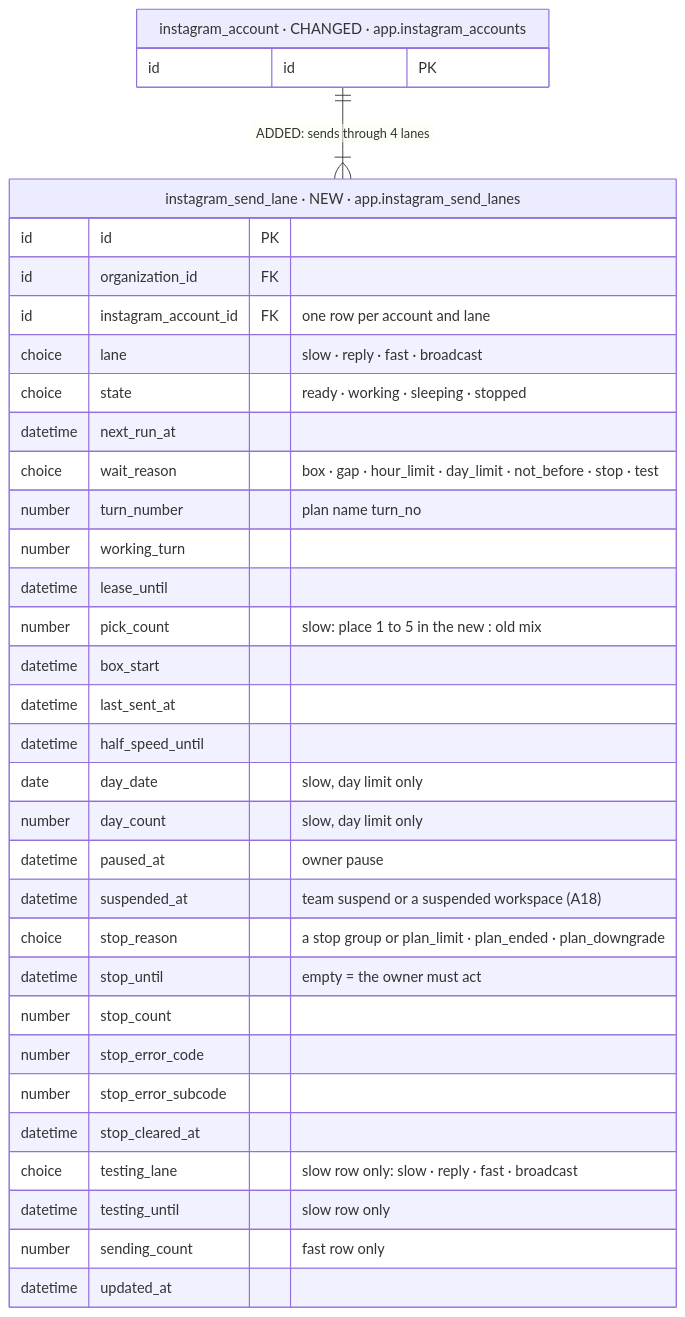
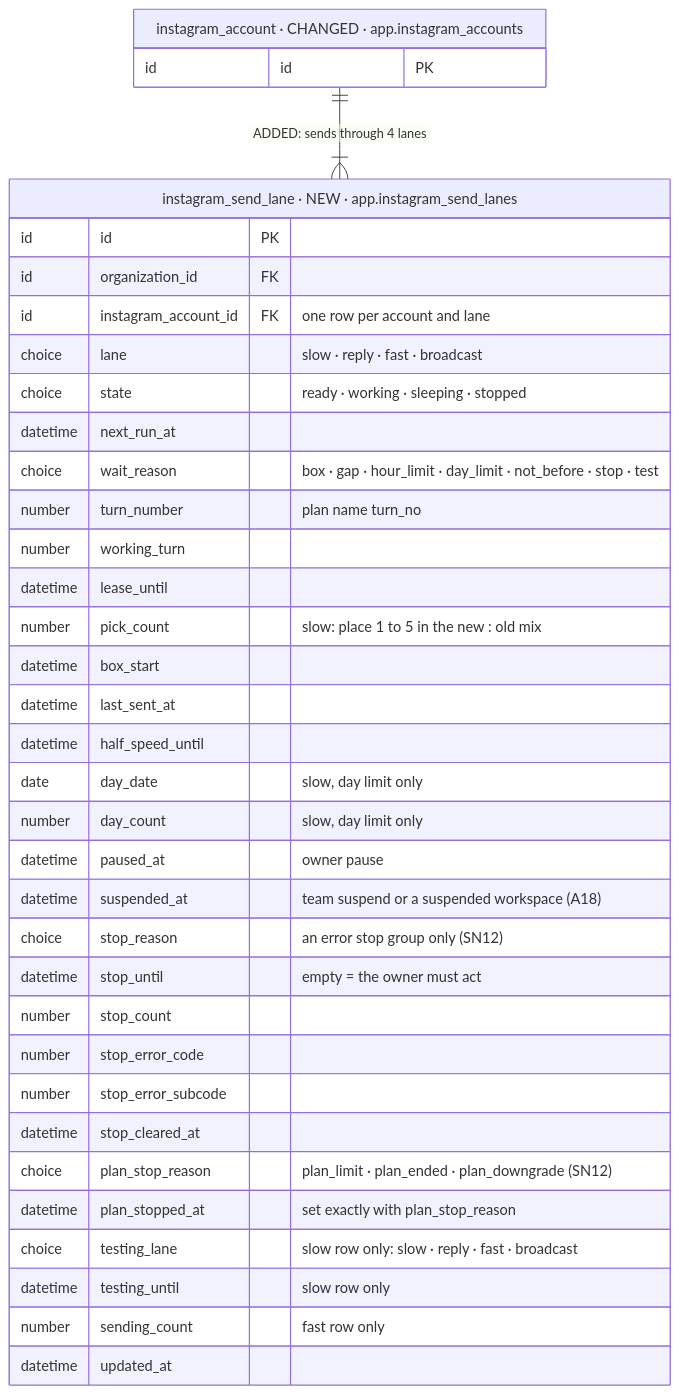
Diagram 22 of 39 in iterations/feat-instagram-dm-sending-2026-11-23-oxak/plans/db-changes.md (albetrios/meepzo-be), drawn with Mermaid before and after one commit. The commit also changed other lines of this file and 2 other files, not shown here.

````diff
--- a/iterations/feat-instagram-dm-sending-2026-11-23-oxak/plans/db-changes.md
+++ b/iterations/feat-instagram-dm-sending-2026-11-23-oxak/plans/db-changes.md
@@ -1022,37 +1061,39 @@
 ```mermaid
 erDiagram
   instagram_send_lane["instagram_send_lane · NEW · app.instagram_send_lanes"] {
     id id PK
     id organization_id FK
     id instagram_account_id FK "one row per account and lane"
     choice lane "slow · reply · fast · broadcast"
     choice state "ready · working · sleeping · stopped"
     datetime next_run_at
     choice wait_reason "box · gap · hour_limit · day_limit · not_before · stop · test"
     number turn_number "plan name turn_no"
     number working_turn
     datetime lease_until
     number pick_count "slow: place 1 to 5 in the new : old mix"
     datetime box_start
     datetime last_sent_at
     datetime half_speed_until
     date day_date "slow, day limit only"
     number day_count "slow, day limit only"
     datetime paused_at "owner pause"
     datetime suspended_at "team suspend or a suspended workspace (A18)"
-    choice stop_reason "a stop group or plan_limit · plan_ended · plan_downgrade"
+    choice stop_reason "an error stop group only (SN12)"
     datetime stop_until "empty = the owner must act"
     number stop_count
     number stop_error_code
     number stop_error_subcode
     datetime stop_cleared_at
+    choice plan_stop_reason "plan_limit · plan_ended · plan_downgrade (SN12)"
+    datetime plan_stopped_at "set exactly with plan_stop_reason"
     choice testing_lane "slow row only: slow · reply · fast · broadcast"
     datetime testing_until "slow row only"
     number sending_count "fast row only"
     datetime updated_at
   }
   instagram_account["instagram_account · CHANGED · app.instagram_accounts"] {
     id id PK
   }
   instagram_account ||--|{ instagram_send_lane : "ADDED: sends through 4 lanes"
 ```
````
